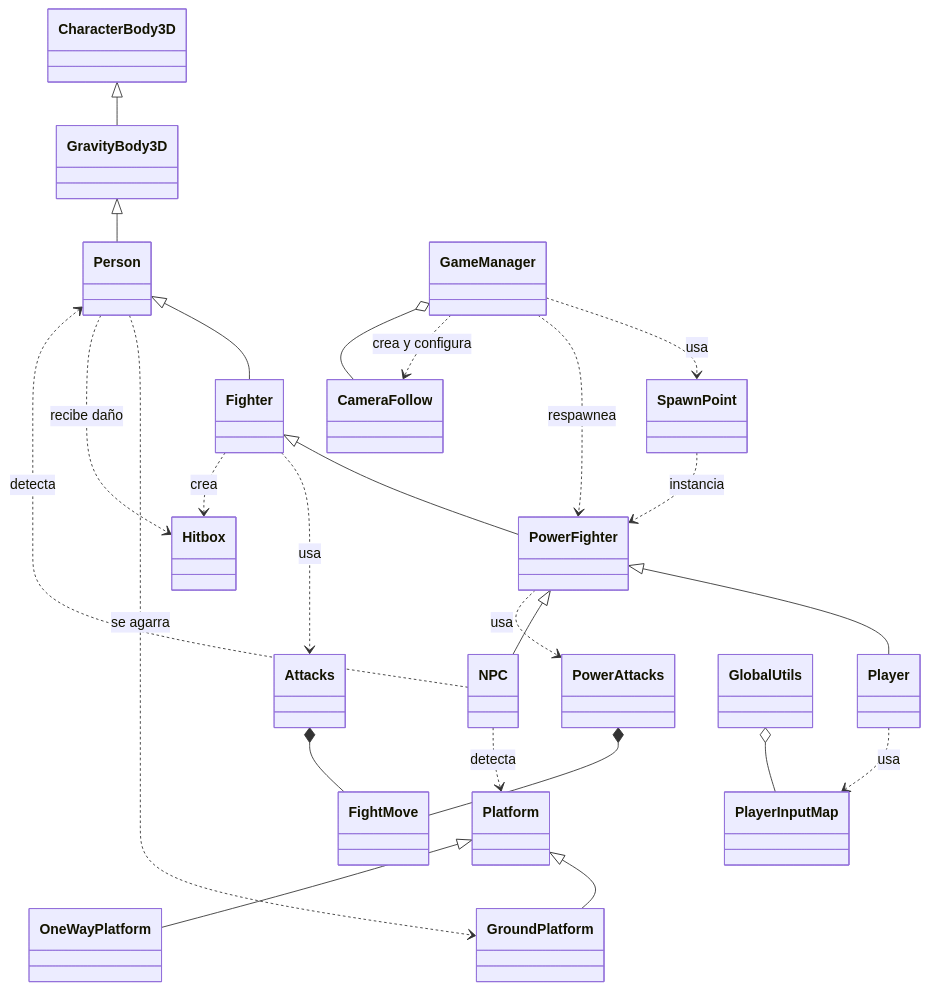
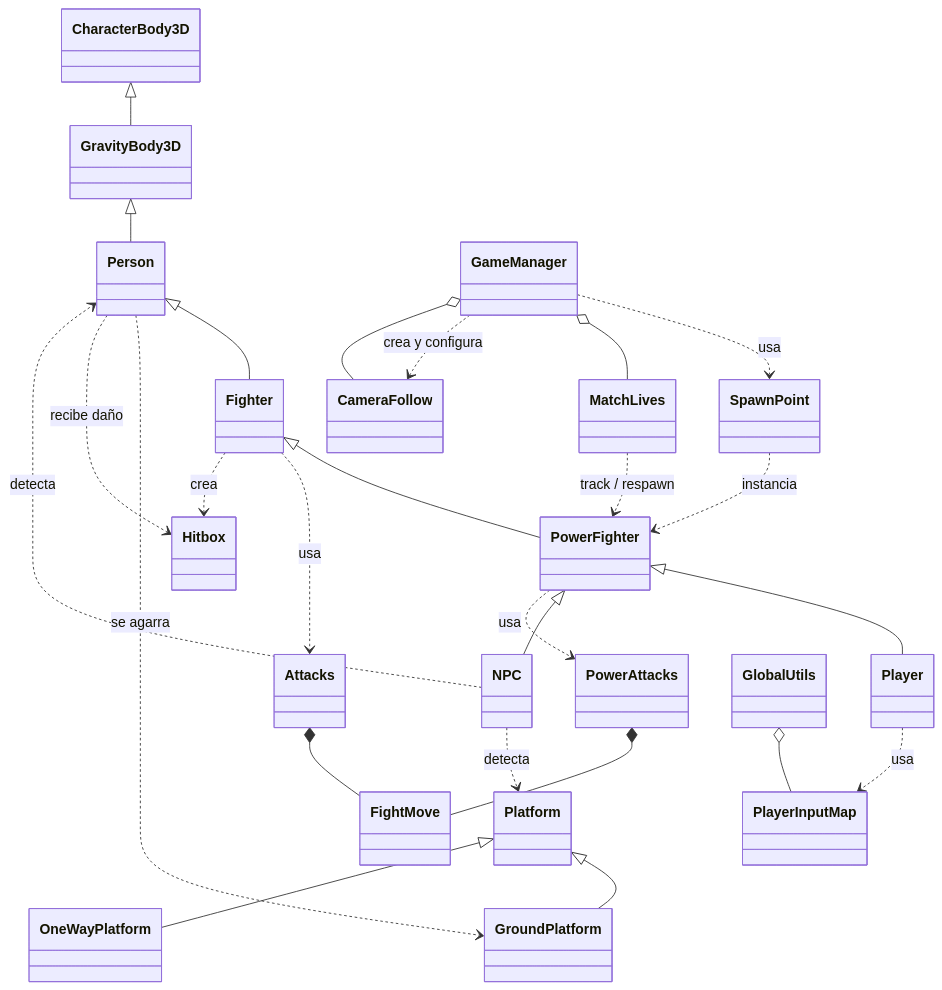
The diagram in docs/arquitectura/uml-arquitectura.md (CocoMarck/SuperSmashTux), drawn with Mermaid before and after one commit. The commit also changed other lines of this file and 12 other files, not shown here.

Commit message:
MatchLives

````diff
--- a/docs/arquitectura/uml-arquitectura.md
+++ b/docs/arquitectura/uml-arquitectura.md
@@ -13,31 +13,32 @@
 ```mermaid
 classDiagram
 	direction TB
 
 	CharacterBody3D <|-- GravityBody3D
 	GravityBody3D <|-- Person
 	Person <|-- Fighter
 	Fighter <|-- PowerFighter
 	PowerFighter <|-- Player
 	PowerFighter <|-- NPC
 
 	Platform <|-- GroundPlatform
 	Platform <|-- OneWayPlatform
 
 	Person ..> GroundPlatform : se agarra
 	Fighter ..> Attacks : usa
 	Attacks *-- FightMove
 	Fighter ..> Hitbox : crea
 	PowerFighter ..> PowerAttacks : usa
 	PowerAttacks *-- FightMove
 	NPC ..> Platform : detecta
 	NPC ..> Person : detecta
 	Person ..> Hitbox : recibe daño
 	Player ..> PlayerInputMap : usa
 	GlobalUtils o-- PlayerInputMap
 	SpawnPoint ..> PowerFighter : instancia
 	GameManager ..> SpawnPoint : usa
-	GameManager ..> PowerFighter : respawnea
+	GameManager o-- MatchLives
+	MatchLives ..> PowerFighter : track / respawn
 	GameManager ..> CameraFollow : crea y configura
 	GameManager o-- CameraFollow
 ```
````
